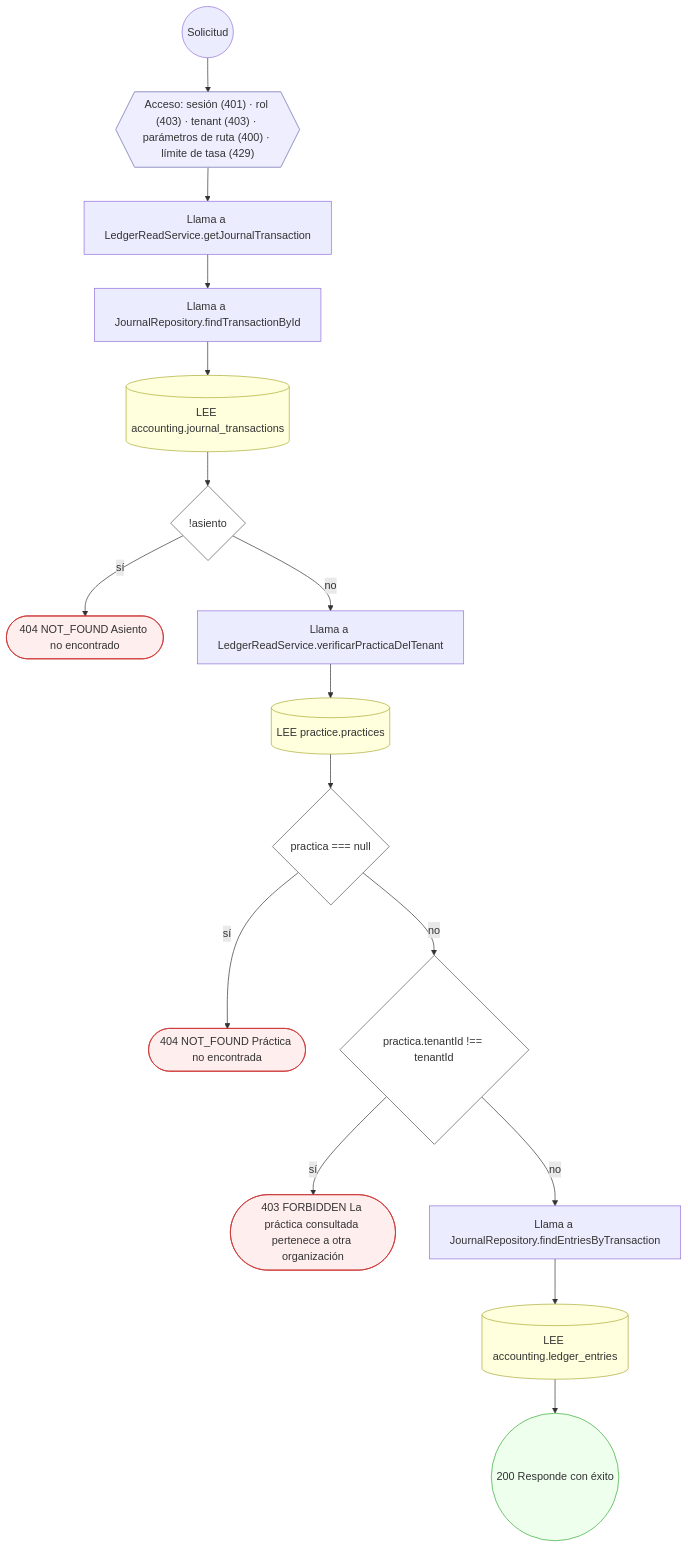
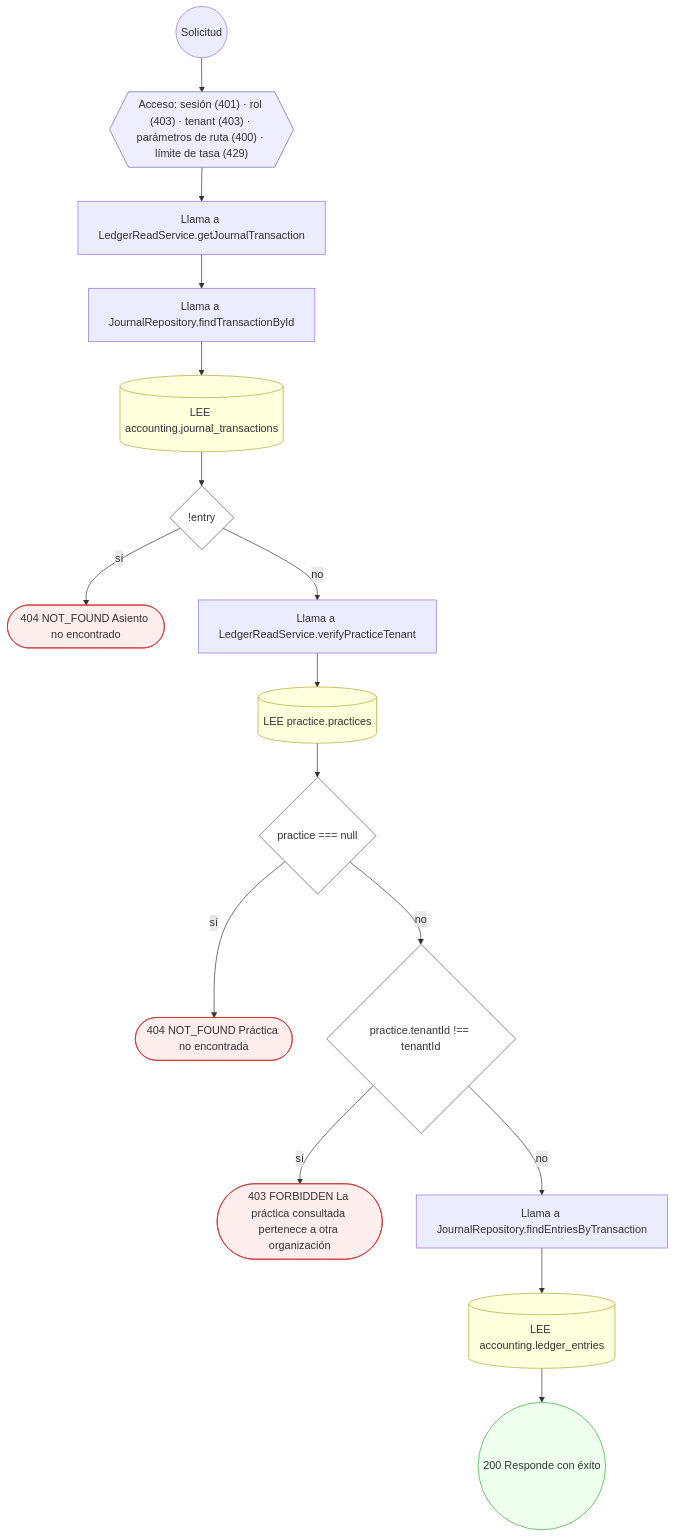
Diagram 24 of 49 in docs/inventario/flujos/accounting.md (mdavila-2001/mantra-core-health-api), drawn with Mermaid before and after one commit. The commit also changed other lines of this file and 451 other files, not shown here.

````diff
--- a/docs/inventario/flujos/accounting.md
+++ b/docs/inventario/flujos/accounting.md
@@ -1141,40 +1888,40 @@
 ```mermaid
 flowchart TD
   n1(("Solicitud")):::inicio
   n2{{"Acceso: sesión (401) · rol (403) · tenant (403) · parámetros de ruta (400) · límite de tasa (429)"}}:::acceso
   n1 --> n2
   n3["Llama a LedgerReadService.getJournalTransaction"]:::llamada
   n2 --> n3
   n4["Llama a JournalRepository.findTransactionById"]:::llamada
   n3 --> n4
   n5[("LEE accounting.journal_transactions")]:::efecto
   n4 --> n5
-  n6{"!asiento"}:::decision
+  n6{"!entry"}:::decision
   n5 --> n6
   n7(["404 NOT_FOUND Asiento no encontrado"]):::error
   n6 -->|"sí"| n7
-  n8["Llama a LedgerReadService.verificarPracticaDelTenant"]:::llamada
+  n8["Llama a LedgerReadService.verifyPracticeTenant"]:::llamada
   n6 -->|"no"| n8
   n9[("LEE practice.practices")]:::efecto
   n8 --> n9
-  n10{"practica === null"}:::decision
+  n10{"practice === null"}:::decision
   n9 --> n10
   n11(["404 NOT_FOUND Práctica no encontrada"]):::error
   n10 -->|"sí"| n11
-  n12{"practica.tenantId !== tenantId"}:::decision
+  n12{"practice.tenantId !== tenantId"}:::decision
   n10 -->|"no"| n12
   n13(["403 FORBIDDEN La práctica consultada pertenece a otra organización"]):::error
   n12 -->|"sí"| n13
   n14["Llama a JournalRepository.findEntriesByTransaction"]:::llamada
   n12 -->|"no"| n14
   n15[("LEE accounting.ledger_entries")]:::efecto
   n14 --> n15
   n16(("200 Responde con éxito")):::ok
   n15 --> n16
   classDef acceso fill:#eef,stroke:#66a
   classDef error fill:#fee,stroke:#c33
   classDef ok fill:#efe,stroke:#3a3
   classDef efecto fill:#ffd,stroke:#aa3
   classDef decision fill:#fff,stroke:#555
   classDef corte fill:#eee,stroke:#999,stroke-dasharray: 4
 ```
````
